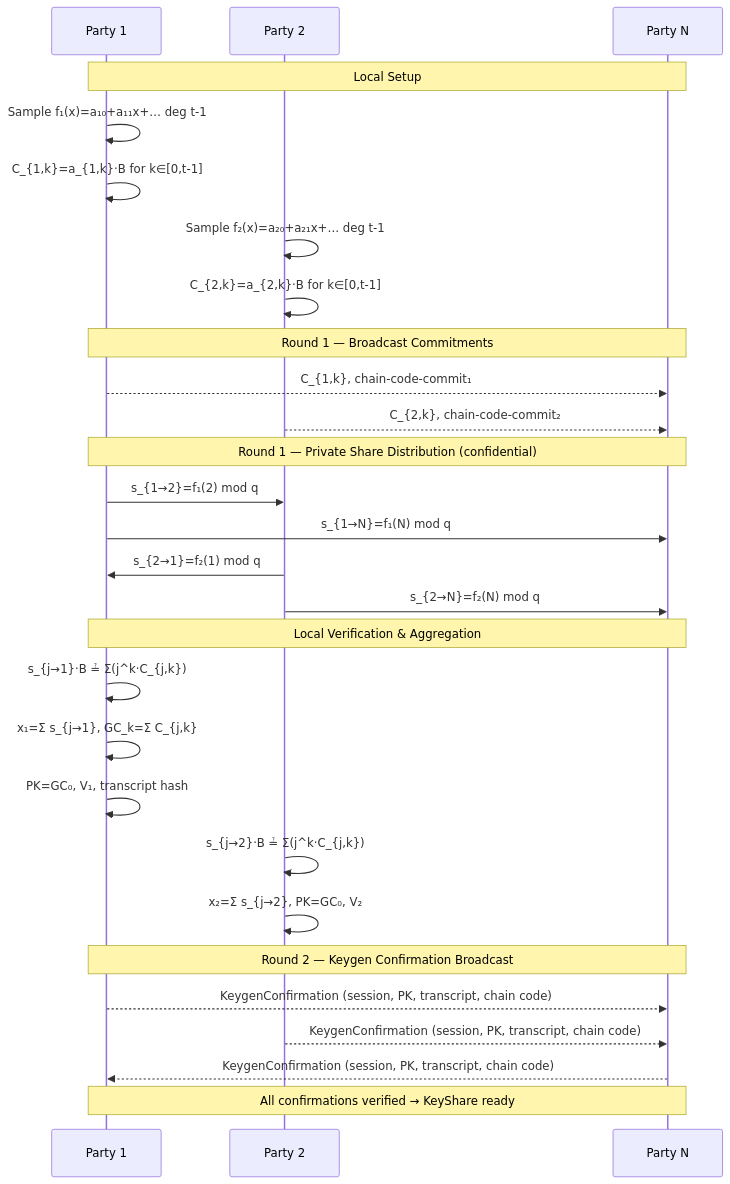
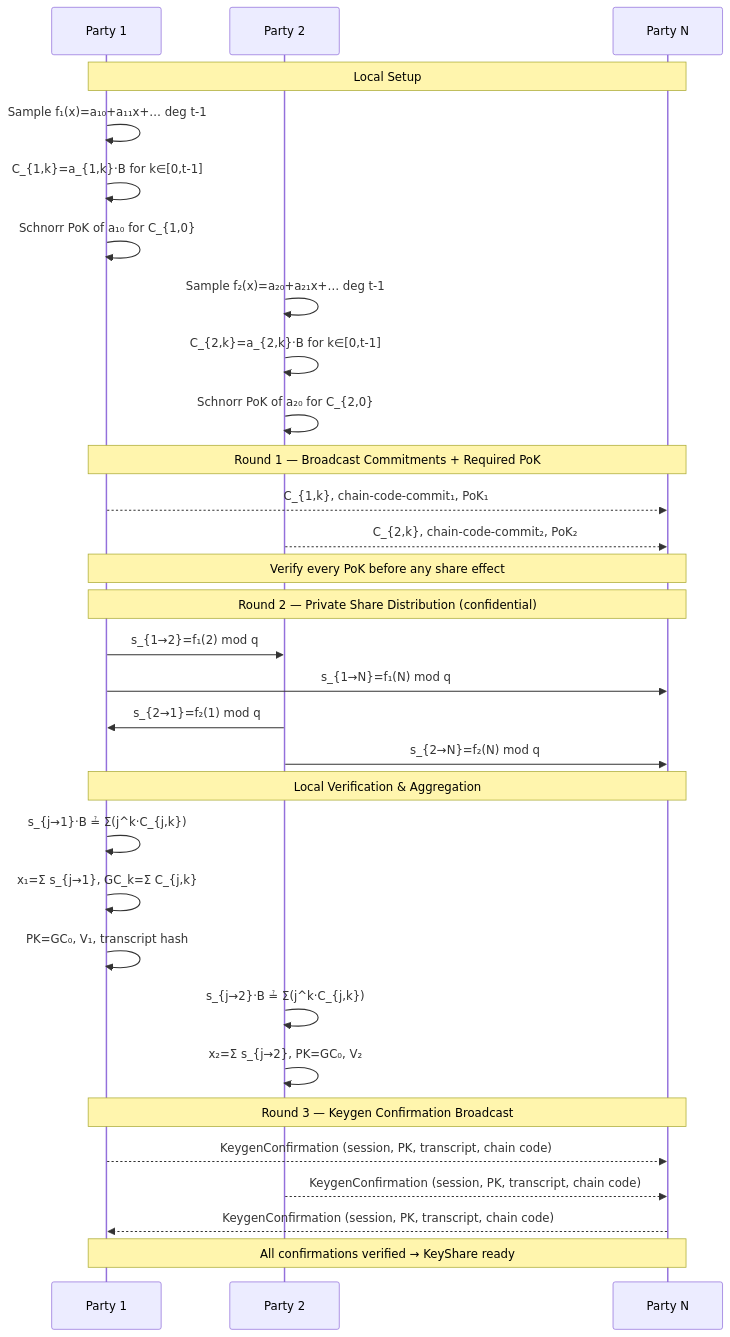
The first of 5 diagrams in docs/frost-ed25519.md (islishude/tss), drawn with Mermaid before and after one commit. The commit also changed other lines of this file and 62 other files, not shown here.

Commit message:
Tighten protocol validation and lifecycle handling across TSS flows

````diff
--- a/docs/frost-ed25519.md
+++ b/docs/frost-ed25519.md
@@ -562,36 +666,39 @@
 ```mermaid
 sequenceDiagram
     participant P1 as Party 1
     participant P2 as Party 2
     participant PN as Party N
 
     Note over P1,PN: Local Setup
     P1->>P1: Sample f₁(x)=a₁₀+a₁₁x+… deg t-1
     P1->>P1: C_{1,k}=a_{1,k}·B for k∈[0,t-1]
+    P1->>P1: Schnorr PoK of a₁₀ for C_{1,0}
     P2->>P2: Sample f₂(x)=a₂₀+a₂₁x+… deg t-1
     P2->>P2: C_{2,k}=a_{2,k}·B for k∈[0,t-1]
+    P2->>P2: Schnorr PoK of a₂₀ for C_{2,0}
 
-    Note over P1,PN: Round 1 — Broadcast Commitments
-    P1-->>PN: C_{1,k}, chain-code-commit₁
-    P2-->>PN: C_{2,k}, chain-code-commit₂
+    Note over P1,PN: Round 1 — Broadcast Commitments + Required PoK
+    P1-->>PN: C_{1,k}, chain-code-commit₁, PoK₁
+    P2-->>PN: C_{2,k}, chain-code-commit₂, PoK₂
+    Note over P1,PN: Verify every PoK before any share effect
 
-    Note over P1,PN: Round 1 — Private Share Distribution (confidential)
+    Note over P1,PN: Round 2 — Private Share Distribution (confidential)
     P1->>P2: s_{1→2}=f₁(2) mod q
     P1->>PN: s_{1→N}=f₁(N) mod q
     P2->>P1: s_{2→1}=f₂(1) mod q
     P2->>PN: s_{2→N}=f₂(N) mod q
 
     Note over P1,PN: Local Verification & Aggregation
     P1->>P1: s_{j→1}·B ≟ Σ(j^k·C_{j,k})
     P1->>P1: x₁=Σ s_{j→1}, GC_k=Σ C_{j,k}
     P1->>P1: PK=GC₀, V₁, transcript hash
     P2->>P2: s_{j→2}·B ≟ Σ(j^k·C_{j,k})
     P2->>P2: x₂=Σ s_{j→2}, PK=GC₀, V₂
 
-    Note over P1,PN: Round 2 — Keygen Confirmation Broadcast
+    Note over P1,PN: Round 3 — Keygen Confirmation Broadcast
     P1-->>PN: KeygenConfirmation (session, PK, transcript, chain code)
     P2-->>PN: KeygenConfirmation (session, PK, transcript, chain code)
     PN-->>P1: KeygenConfirmation (session, PK, transcript, chain code)
 
     Note over P1,PN: All confirmations verified → KeyShare ready
 ```
````
